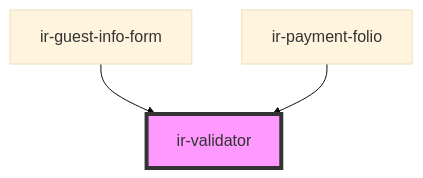
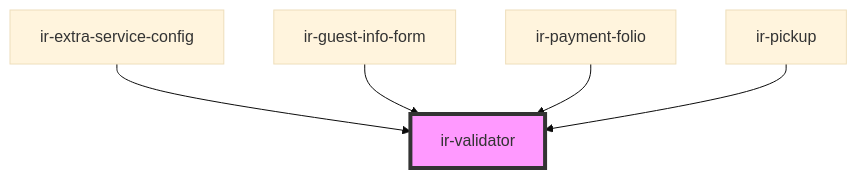
Before and after one commit to David1Chowaifaty/modified-ir-webcmp: the diagram in src/components/ui/ir-validator/readme.md, drawn with Mermaid (base theme). The commit also changed other lines of this file and 69 other files, not shown here.

````diff
--- a/src/components/ui/ir-validator/readme.md
+++ b/src/components/ui/ir-validator/readme.md
@@ -37,6 +39,8 @@
 ```mermaid
 graph TD;
+  ir-extra-service-config --> ir-validator
   ir-guest-info-form --> ir-validator
   ir-payment-folio --> ir-validator
+  ir-pickup --> ir-validator
   style ir-validator fill:#f9f,stroke:#333,stroke-width:4px
 ```
````
